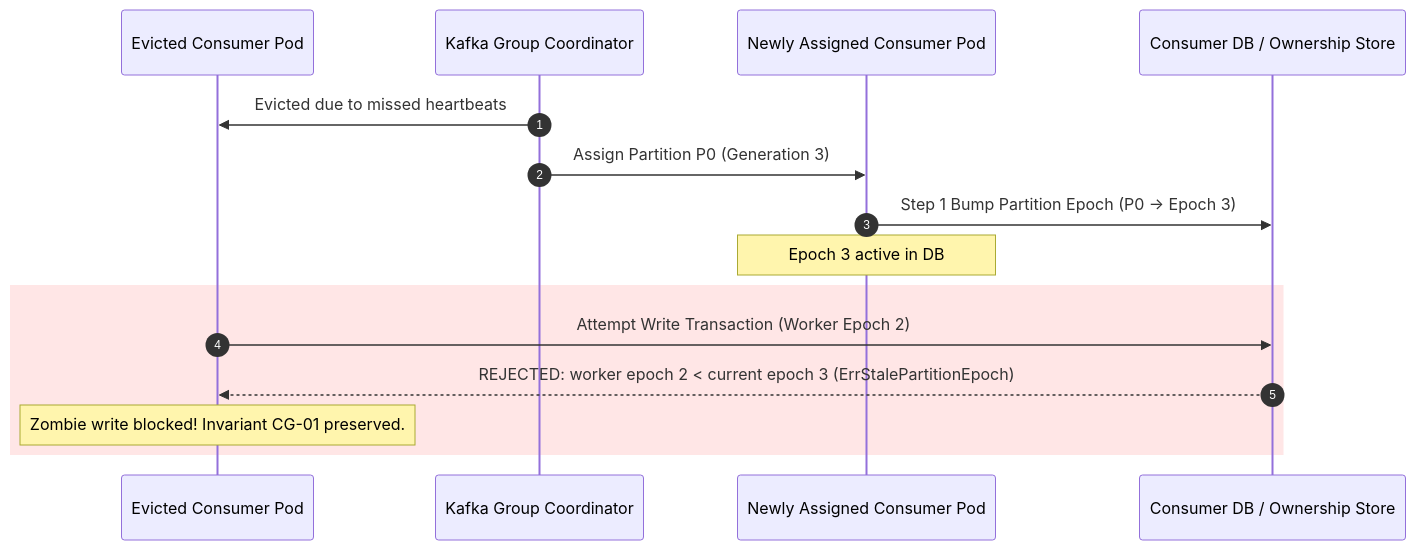
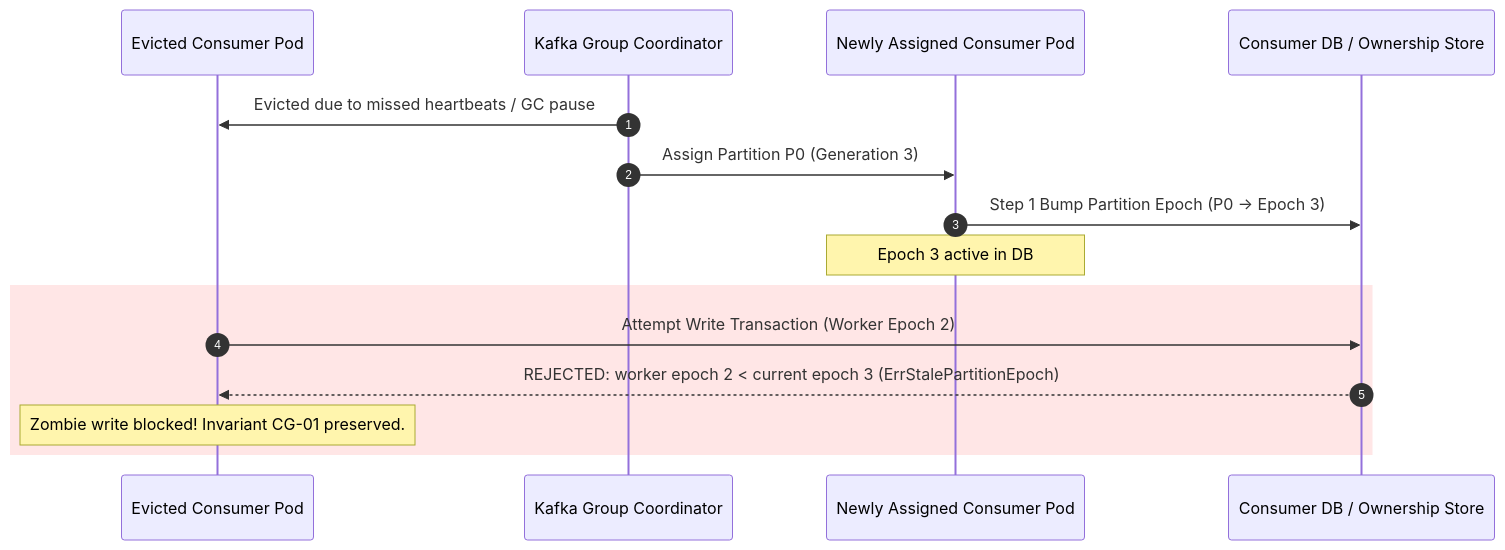
Before and after one commit to Chief-Strategist-J/event-driven-platform: the fourth of 4 diagrams in docs/features/consumer-groups/adr.md, drawn with Mermaid. The commit also changed other lines of this file, not shown here.

````diff
--- a/docs/features/consumer-groups/adr.md
+++ b/docs/features/consumer-groups/adr.md
@@ -140,19 +179,19 @@
 ```mermaid
 sequenceDiagram
     autonumber
     participant SlowPod as Evicted Consumer Pod
     participant Coord as Kafka Group Coordinator
     participant NewPod as Newly Assigned Consumer Pod
     participant DB as Consumer DB / Ownership Store
 
-    Coord->>SlowPod: Evicted due to missed heartbeats
+    Coord->>SlowPod: Evicted due to missed heartbeats / GC pause
     Coord->>NewPod: Assign Partition P0 (Generation 3)
     NewPod->>DB: Step 1 Bump Partition Epoch (P0 -> Epoch 3)
     Note over NewPod: Epoch 3 active in DB
     
     rect rgb(255, 230, 230)
         SlowPod->>DB: Attempt Write Transaction (Worker Epoch 2)
         DB-->>SlowPod: REJECTED: worker epoch 2 < current epoch 3 (ErrStalePartitionEpoch)
         Note over SlowPod: Zombie write blocked! Invariant CG-01 preserved.
     end
 ```
````
